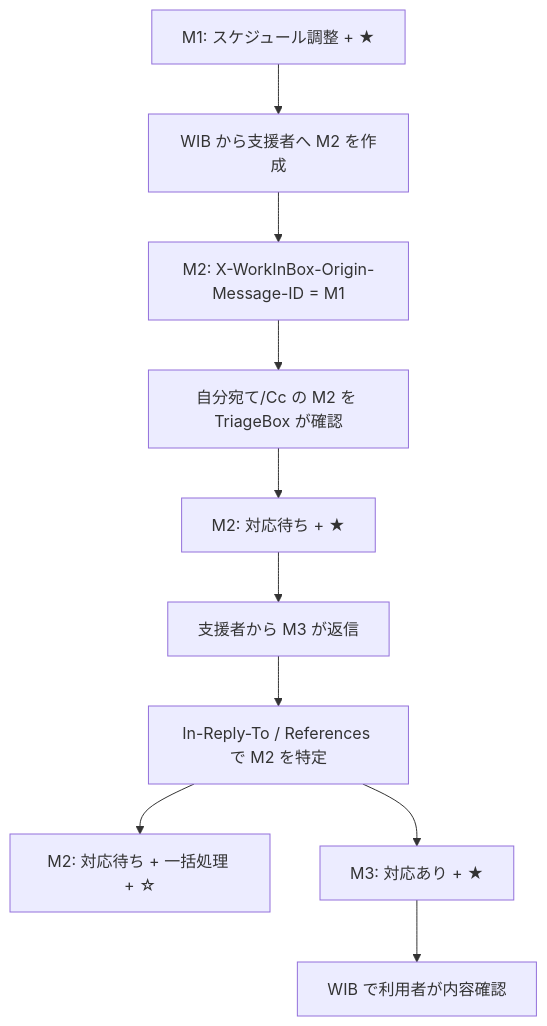
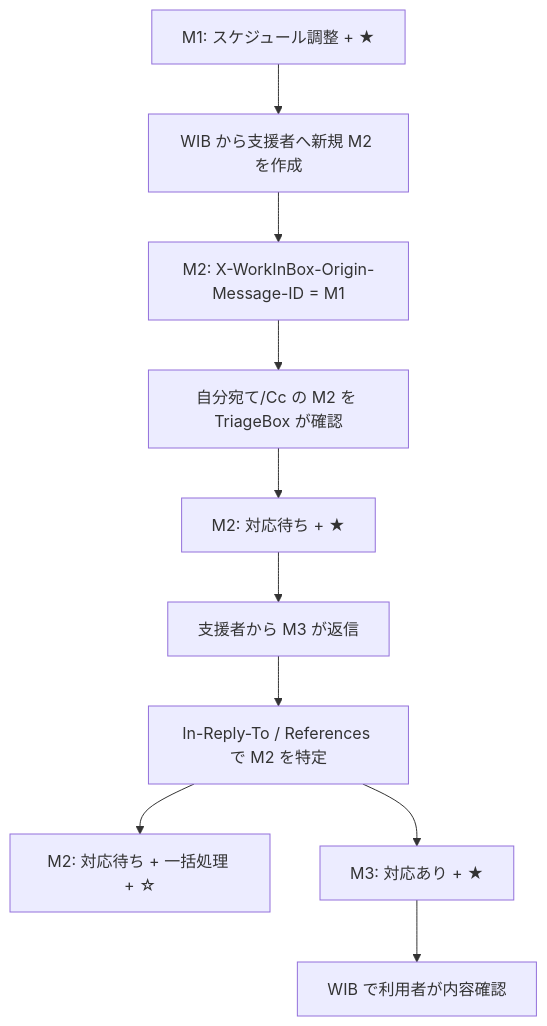
One commit to a3suger/WorkInBox changed the second of 2 diagrams in docs/triagebox_decision_flow.md. Above: the diagram before and after it, drawn with Mermaid. The commit also changed other lines of this file, not shown here.

````diff
--- a/docs/triagebox_decision_flow.md
+++ b/docs/triagebox_decision_flow.md
@@ -195,12 +199,12 @@
 ```mermaid
 flowchart TD
-    A[M1: スケジュール調整 + ★] --> B[WIB から支援者へ M2 を作成]
+    A[M1: スケジュール調整 + ★] --> B[WIB から支援者へ新規 M2 を作成]
     B --> C[M2: X-WorkInBox-Origin-Message-ID = M1]
     C --> D[自分宛て/Cc の M2 を TriageBox が確認]
     D --> E[M2: 対応待ち + ★]
     E --> F[支援者から M3 が返信]
     F --> G[In-Reply-To / References で M2 を特定]
     G --> H[M2: 対応待ち + 一括処理 + ☆]
     G --> I[M3: 対応あり + ★]
     I --> J[WIB で利用者が内容確認]
 ```
````
